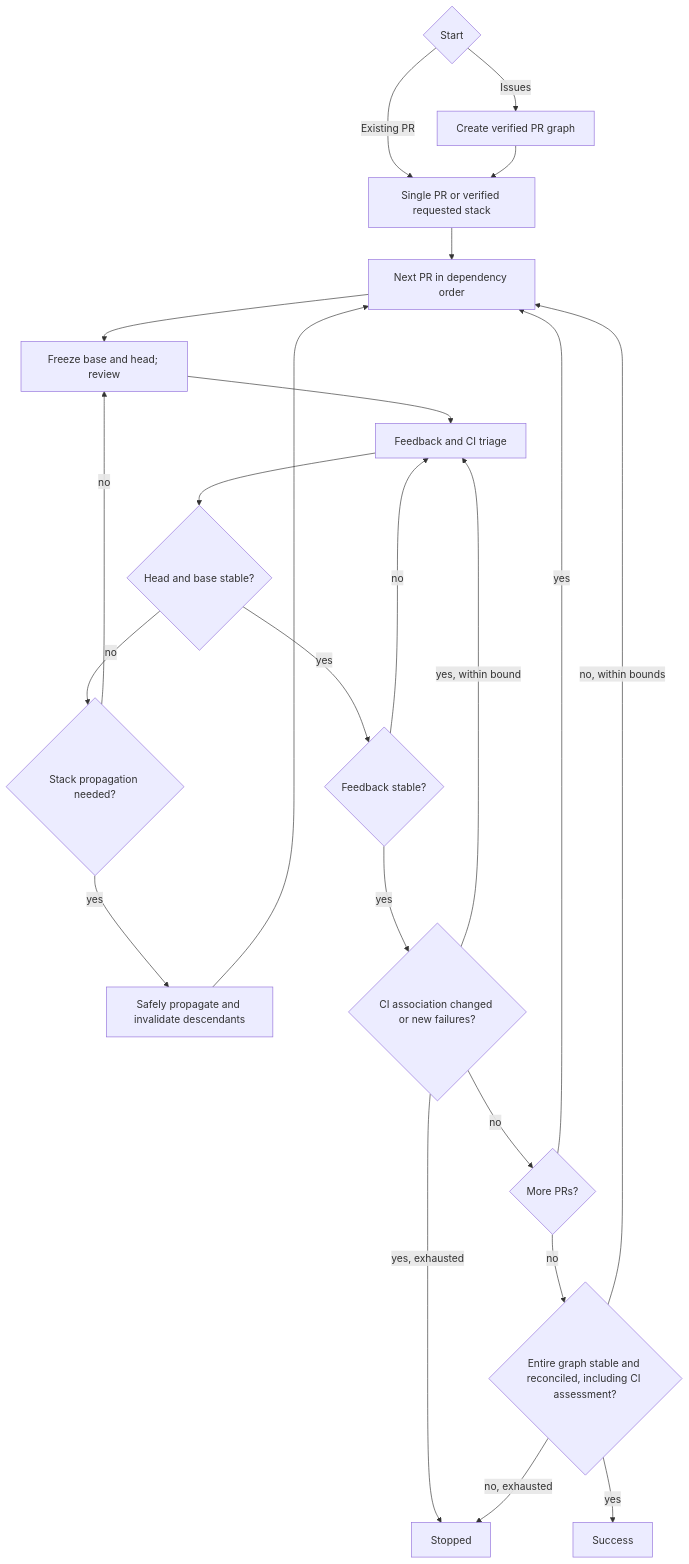
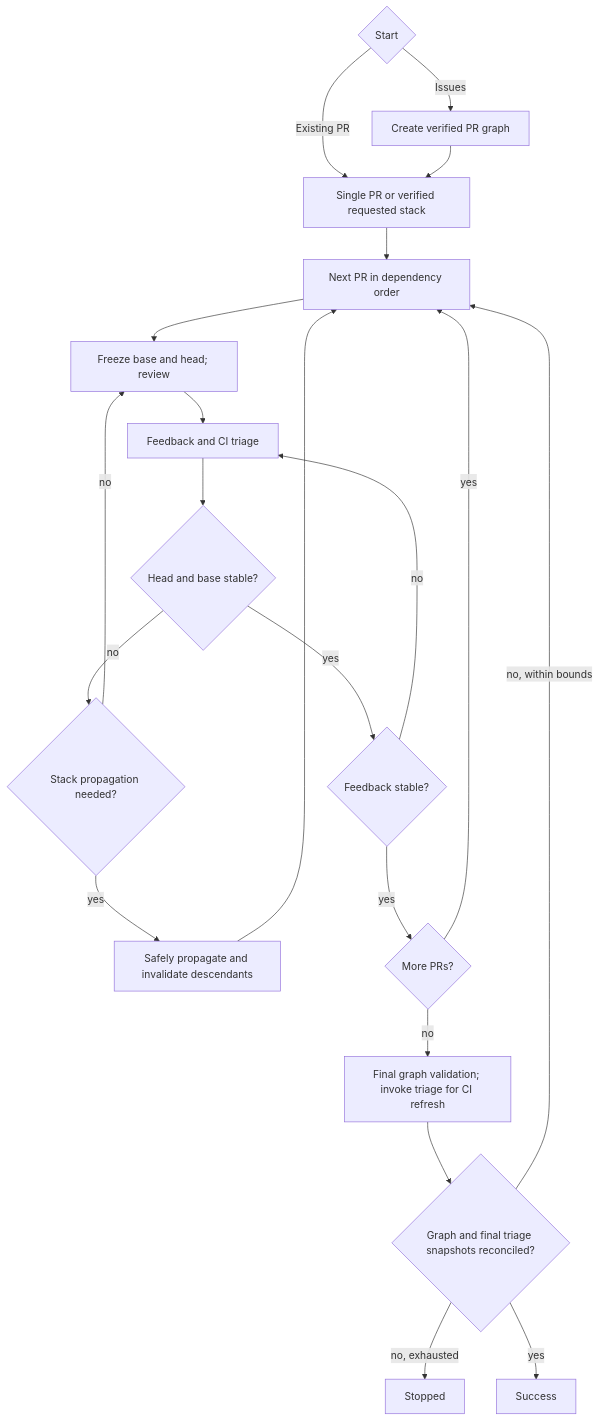
Before and after one commit to dceoy/pr-loop: the diagram in skills/pr-loop/SKILL.md, drawn with Mermaid. The commit also changed other lines of this file and 1 other file, not shown here.

Commit message:
refactor: centralize CI reconciliation in feedback triage

````diff
--- a/skills/pr-loop/SKILL.md
+++ b/skills/pr-loop/SKILL.md
@@ -46,25 +42,23 @@
 ```mermaid
 flowchart TD
   S{Start} -->|Issues| I[Create verified PR graph]
   S -->|Existing PR| A[Single PR or verified requested stack]
   I --> A
   A --> B[Next PR in dependency order]
   B --> C[Freeze base and head; review]
   C --> D[Feedback and CI triage]
   D --> E{Head and base stable?}
   E -->|no| F{Stack propagation needed?}
   F -->|yes| G[Safely propagate and invalidate descendants]
   G --> B
   F -->|no| C
   E -->|yes| K{Feedback stable?}
   K -->|no| D
-  K -->|yes| L{CI association changed or new failures?}
-  L -->|yes, within bound| D
-  L -->|yes, exhausted| X[Stopped]
-  L -->|no| H{More PRs?}
+  K -->|yes| H{More PRs?}
   H -->|yes| B
-  H -->|no| J{Entire graph stable and reconciled, including CI assessment?}
+  H -->|no| V[Final graph validation; invoke triage for CI refresh]
+  V --> J{Graph and final triage snapshots reconciled?}
   J -->|no, within bounds| B
-  J -->|no, exhausted| X
+  J -->|no, exhausted| X[Stopped]
   J -->|yes| Y[Success]
 ```
````
